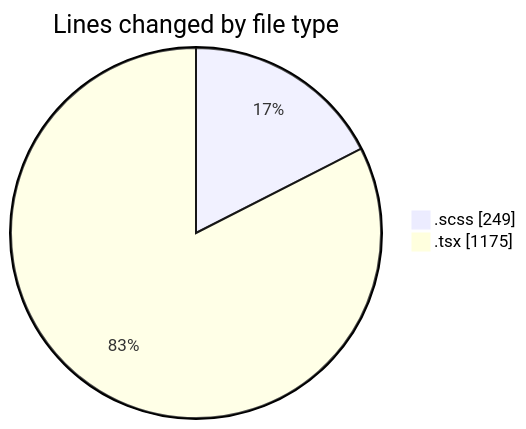
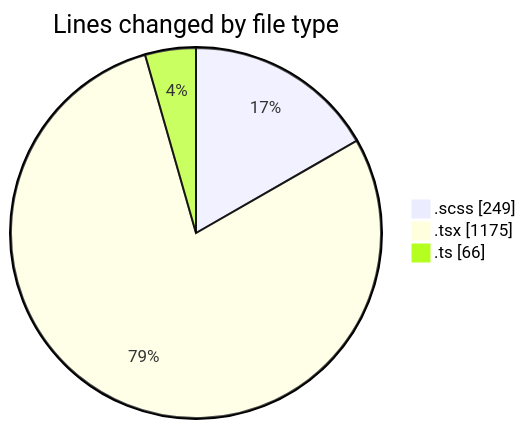
The first of 2 diagrams in 2025-09-26/cda/README.md (momahboobian/code-tracking), drawn with Mermaid before and after one commit. The commit also changed other lines of this file and 1 other file, not shown here.

````diff
--- a/2025-09-26/cda/README.md
+++ b/2025-09-26/cda/README.md
@@ -22,6 +23,7 @@
 ```mermaid
 pie showData
 title Lines changed by file type
 ".scss" : 249
 ".tsx" : 1175
+".ts" : 66
 ```
````
